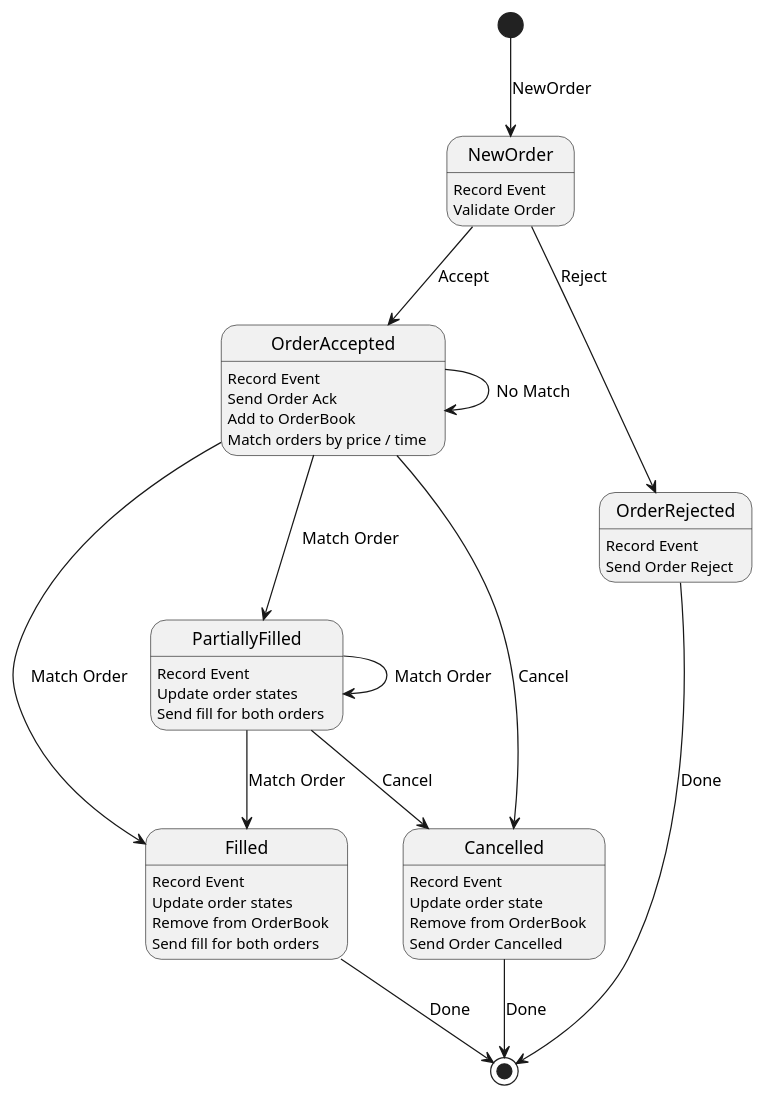
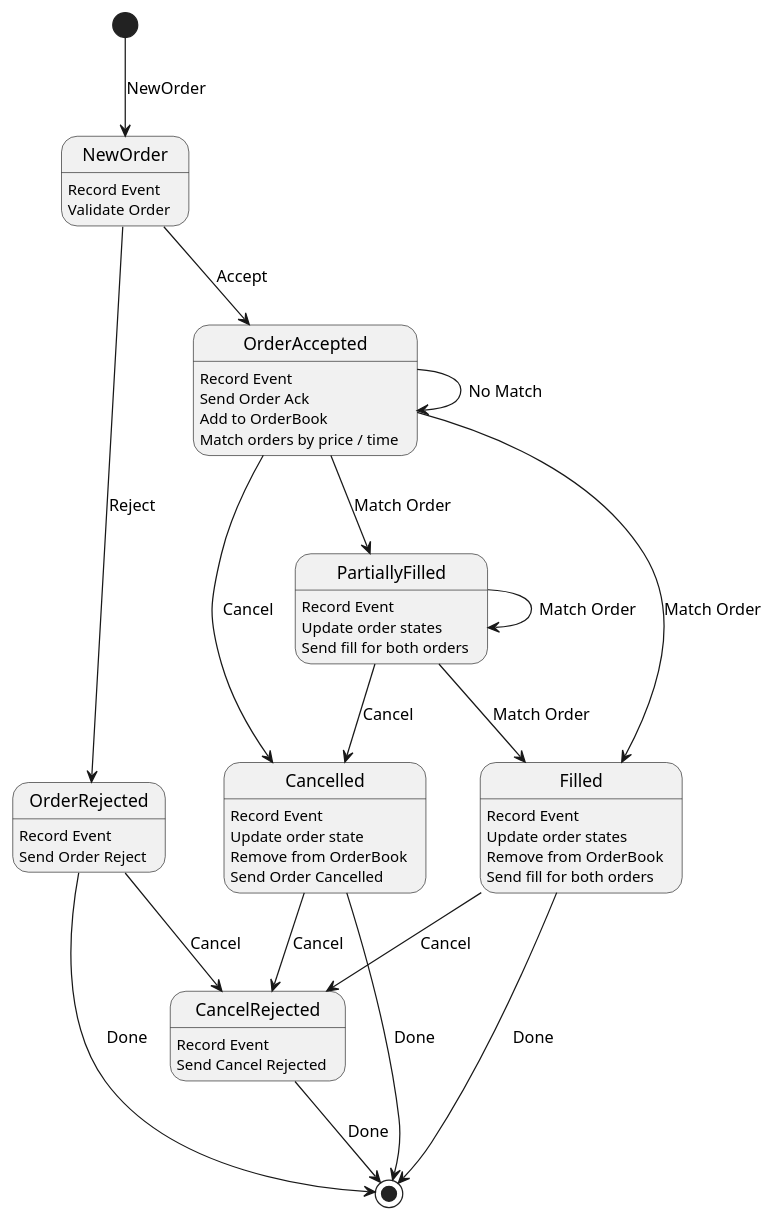
The diagram in doc/Order State.puml (systematicmethods/orderbook), drawn with PlantUML before and after one commit.

Commit message:
Add cancel reject

```diff
--- a/doc/Order State.puml
+++ b/doc/Order State.puml
@@ -1,40 +1,47 @@
 @startuml
 [*] --> NewOrder: NewOrder
 NewOrder --> OrderAccepted: Accept
 NewOrder --> OrderRejected: Reject
 NewOrder: Record Event
 NewOrder: Validate Order
 
 OrderRejected --> [*]: Done
 OrderRejected: Record Event
 OrderRejected: Send Order Reject
+OrderRejected --> CancelRejected: Cancel
 
 OrderAccepted --> Cancelled: Cancel
 OrderAccepted: Record Event
 OrderAccepted: Send Order Ack
 OrderAccepted: Add to OrderBook
 OrderAccepted: Match orders by price / time
 OrderAccepted --> Filled: Match Order
 OrderAccepted --> PartiallyFilled: Match Order
 OrderAccepted --> OrderAccepted: No Match
 
 PartiallyFilled --> PartiallyFilled: Match Order
 PartiallyFilled --> Filled: Match Order
 PartiallyFilled --> Cancelled: Cancel
 PartiallyFilled: Record Event
 PartiallyFilled: Update order states
 PartiallyFilled: Send fill for both orders
 
 Cancelled --> [*]: Done
+Cancelled --> CancelRejected: Cancel
 Cancelled: Record Event
 Cancelled: Update order state
 Cancelled: Remove from OrderBook
 Cancelled: Send Order Cancelled
 
 Filled --> [*]: Done
 Filled: Record Event
 Filled: Update order states
 Filled: Remove from OrderBook
 Filled: Send fill for both orders
+Filled --> CancelRejected: Cancel
+
+CancelRejected --> [*]: Done
+CancelRejected: Record Event
+CancelRejected: Send Cancel Rejected
 
 @enduml
```
